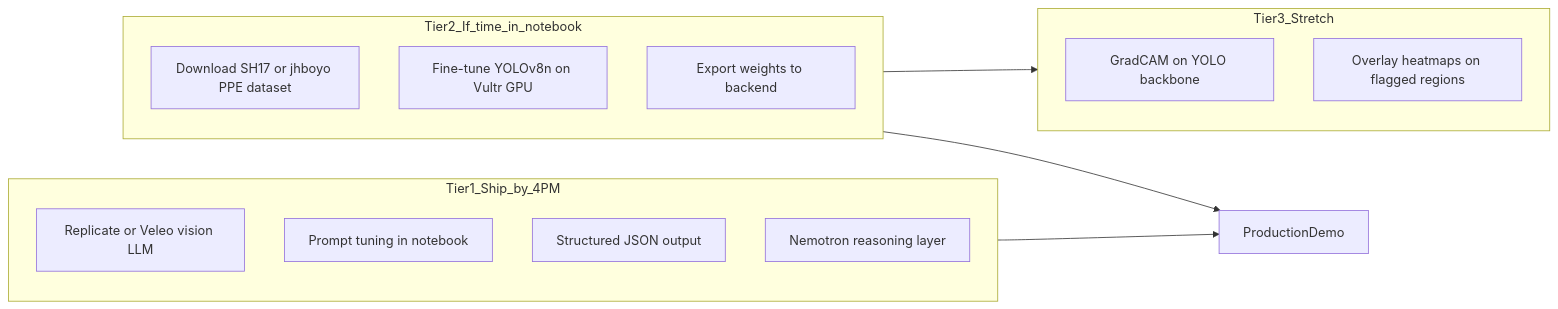
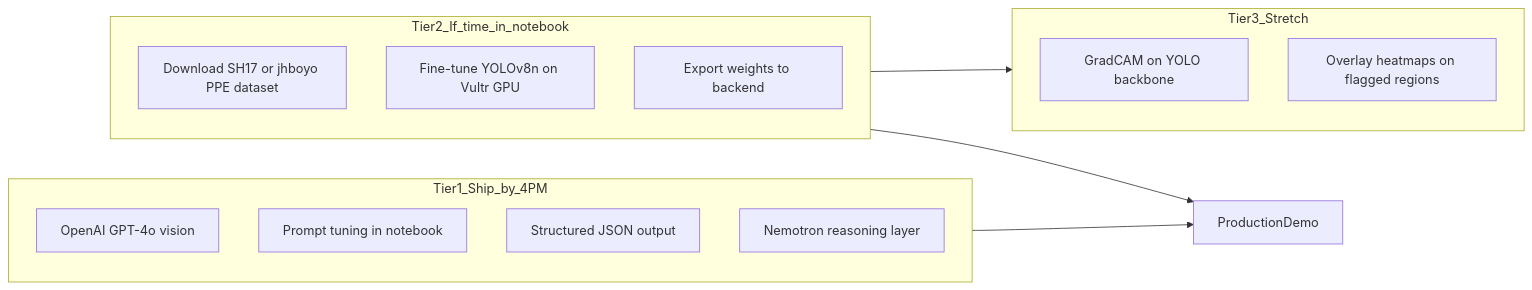
The second of 3 diagrams in docs/PLAN.md (Anaskaysar/Northern-Shift-Gaurd), drawn with Mermaid before and after one commit. The commit also changed other lines of this file and 38 other files, not shown here.

````diff
--- a/docs/PLAN.md
+++ b/docs/PLAN.md
@@ -117,24 +127,24 @@
 ```mermaid
 flowchart LR
   subgraph tier1 [Tier1_Ship_by_4PM]
-    A[Replicate or Veleo vision LLM]
+    A[OpenAI GPT-4o vision]
     B[Prompt tuning in notebook]
     C[Structured JSON output]
     D[Nemotron reasoning layer]
   end
 
   subgraph tier2 [Tier2_If_time_in_notebook]
     E[Download SH17 or jhboyo PPE dataset]
     F[Fine-tune YOLOv8n on Vultr GPU]
     G[Export weights to backend]
   end
 
   subgraph tier3 [Tier3_Stretch]
     H[GradCAM on YOLO backbone]
     I[Overlay heatmaps on flagged regions]
   end
 
   tier1 --> ProductionDemo
   tier2 --> tier3
   tier2 --> ProductionDemo
 ```
````
